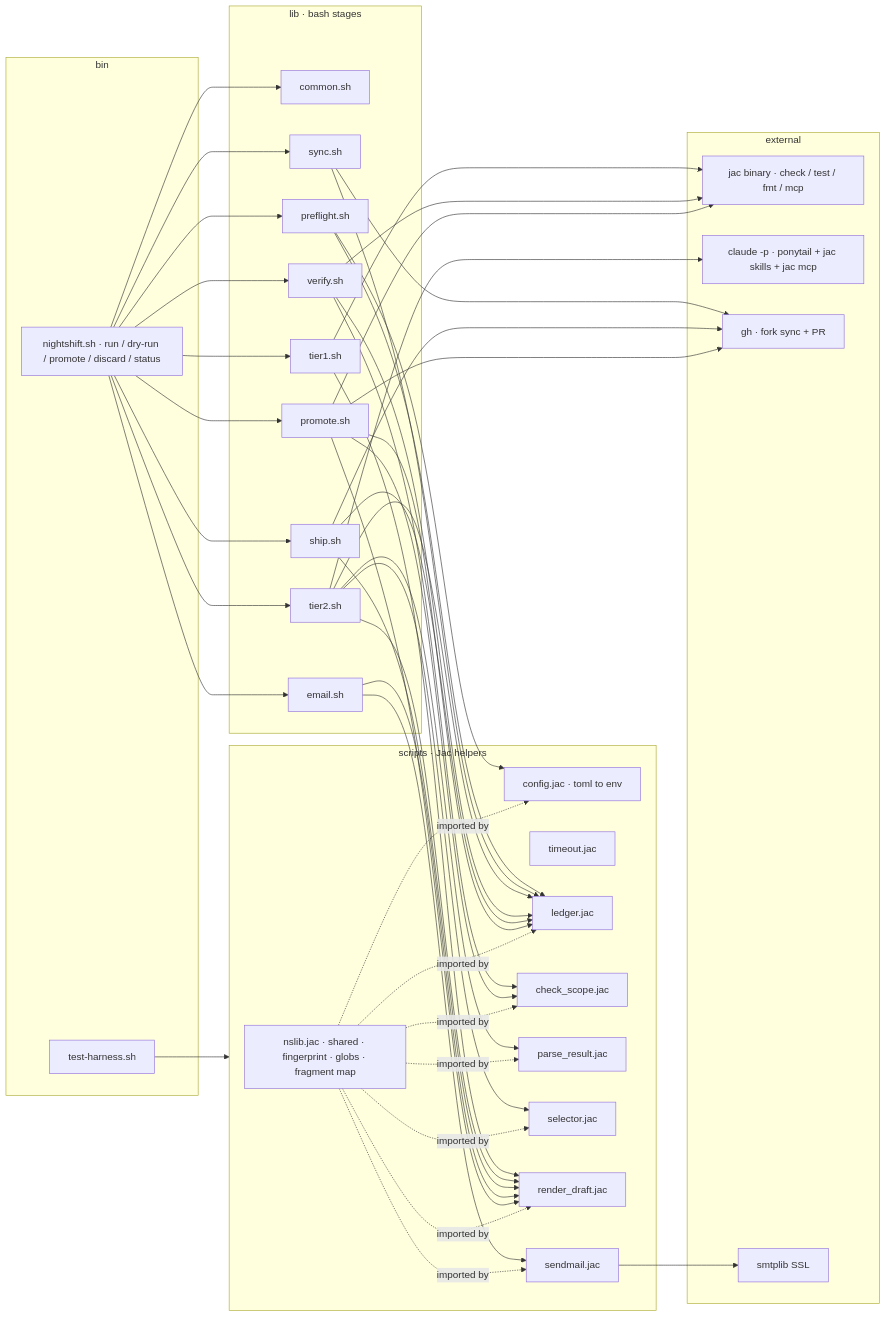
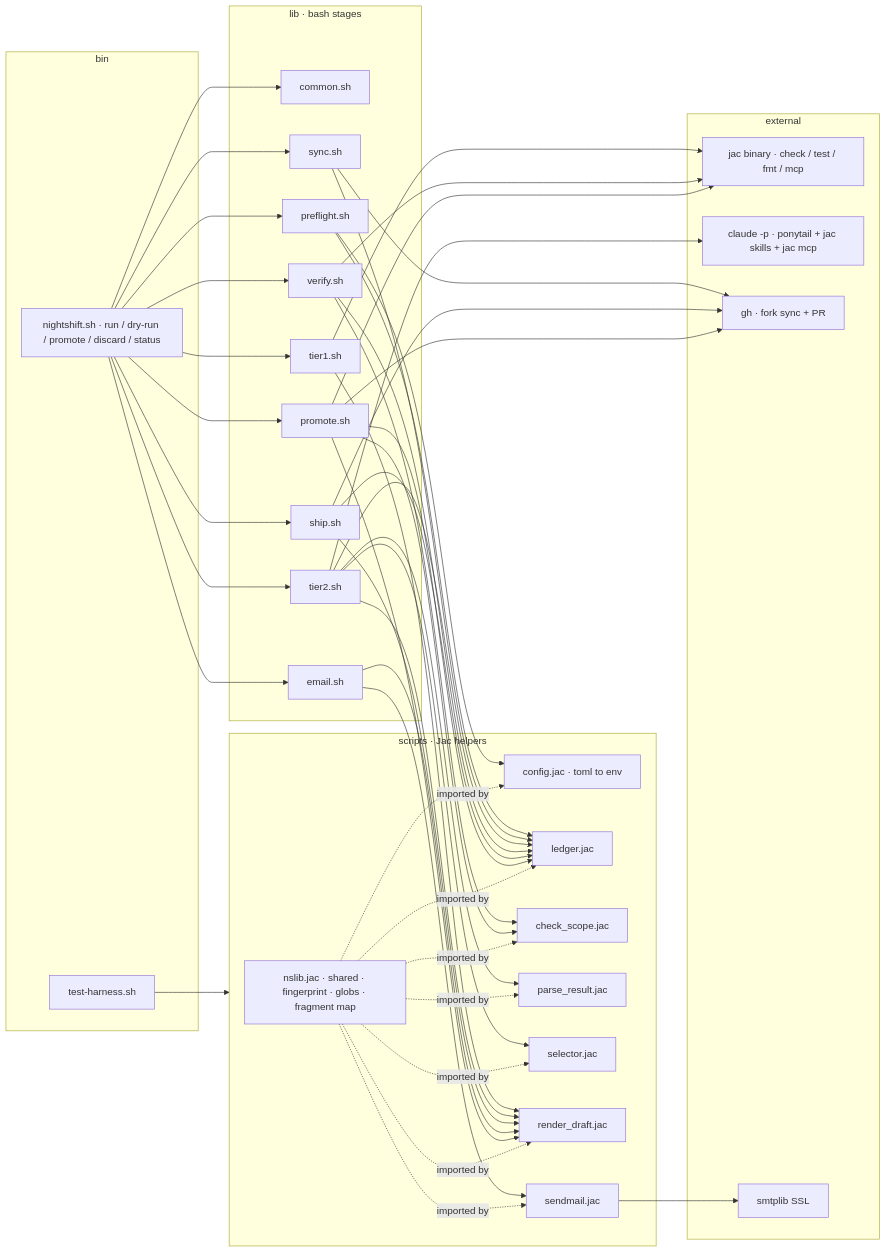
Before and after one commit to ayushmk7/NightShift: the fourth of 4 diagrams in WORKFLOW.md, drawn with Mermaid. The commit also changed 14 other files, not shown here.

````diff
--- a/WORKFLOW.md
+++ b/WORKFLOW.md
@@ -186,48 +186,47 @@
 ```mermaid
 flowchart LR
     subgraph ENTRY["bin"]
         NS["nightshift.sh · run / dry-run / promote / discard / status"]
         TH["test-harness.sh"]
     end
     subgraph LIB["lib · bash stages"]
         CM["common.sh"]
         PF["preflight.sh"]
         SY["sync.sh"]
         T1["tier1.sh"]
         T2["tier2.sh"]
         VF["verify.sh"]
         SH["ship.sh"]
         EM["email.sh"]
         PR2["promote.sh"]
     end
     subgraph JAC["scripts · Jac helpers"]
         NL["nslib.jac · shared · fingerprint · globs · fragment map"]
         CF["config.jac · toml to env"]
-        TO["timeout.jac"]
         LG["ledger.jac"]
         CS["check_scope.jac"]
         PRz["parse_result.jac"]
         SE["selector.jac"]
         RD["render_draft.jac"]
         SM["sendmail.jac"]
     end
     subgraph EXT["external"]
         JB["jac binary · check / test / fmt / mcp"]
         CC["claude -p · ponytail + jac skills + jac mcp"]
         GH["gh · fork sync + PR"]
         SMTP["smtplib SSL"]
     end
 
     NS --> CM & PF & SY & T1 & T2 & VF & SH & EM & PR2
     PF --> CF & LG
     SY --> LG & GH
     T1 --> JB & RD
     T2 --> CC & PRz & SE & LG & RD
     VF --> JB & CS & LG
     SH --> RD & LG & GH
     EM --> SM & RD
     PR2 --> GH & LG & RD & CS & JB
     NL -.->|imported by| LG & CS & PRz & SE & RD & SM & CF
     SM --> SMTP
     TH --> JAC
 ```
````
